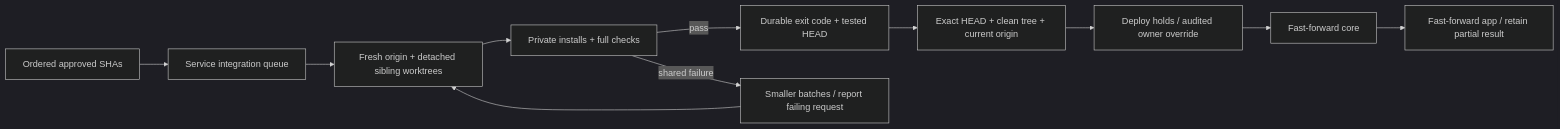
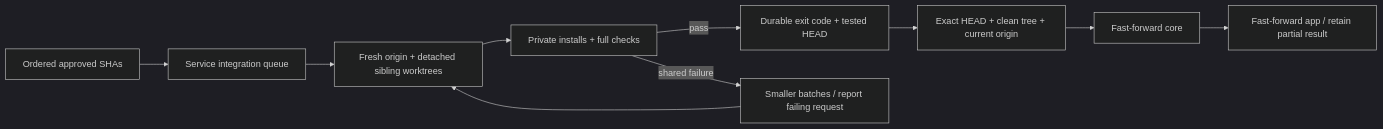
The second of 4 diagrams in docs/architecture.md (Volpestyle/clankie), drawn with Mermaid (dark theme) before and after one commit. The commit also changed other lines of this file and 21 other files, not shown here.

First line of the commit message:
feat(integrate): deploy holds expire on their own and never hold main (VUH-2049)

````diff
--- a/docs/architecture.md
+++ b/docs/architecture.md
@@ -88,13 +89,12 @@
 ```mermaid
 flowchart LR
   Approvals["Ordered approved SHAs"] --> Queue["Service integration queue"]
   Queue --> Compose["Fresh origin + detached sibling worktrees"]
   Compose --> Gate["Private installs + full checks"]
   Gate -->|pass| Record["Durable exit code + tested HEAD"]
   Gate -->|shared failure| Split["Smaller batches / report failing request"]
   Split --> Compose
   Record --> Verify["Exact HEAD + clean tree + current origin"]
-  Verify --> Hold["Deploy holds / audited owner override"]
-  Hold --> Core["Fast-forward core"]
+  Verify --> Core["Fast-forward core"]
   Core --> App["Fast-forward app / retain partial result"]
 ```
````
